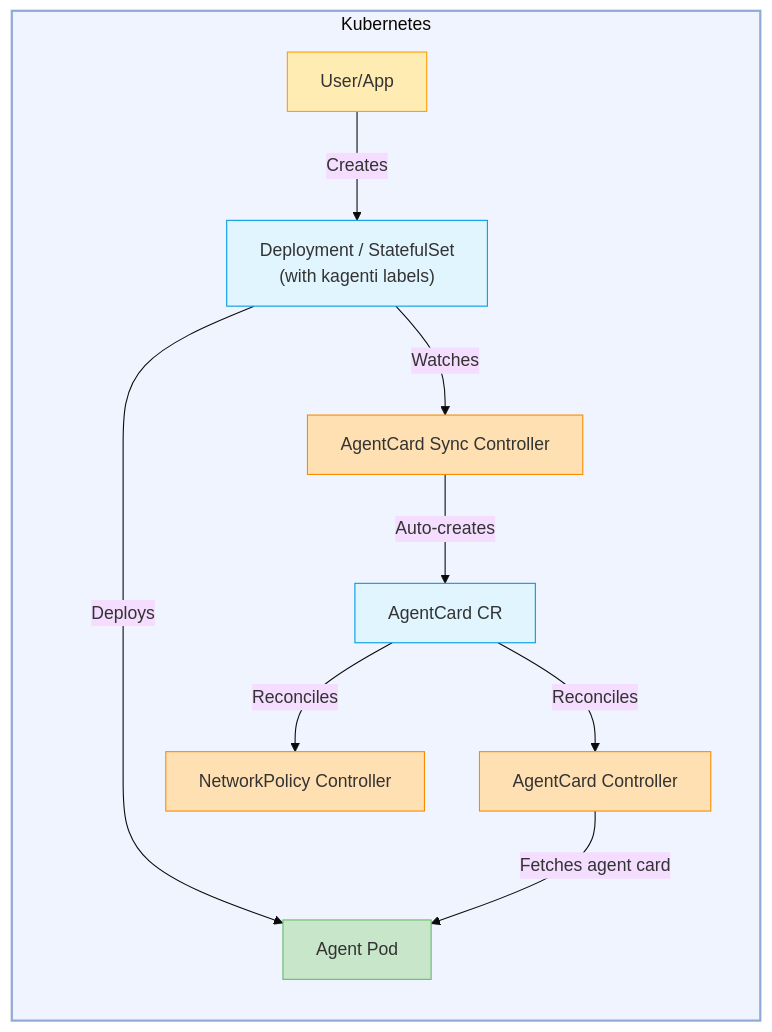
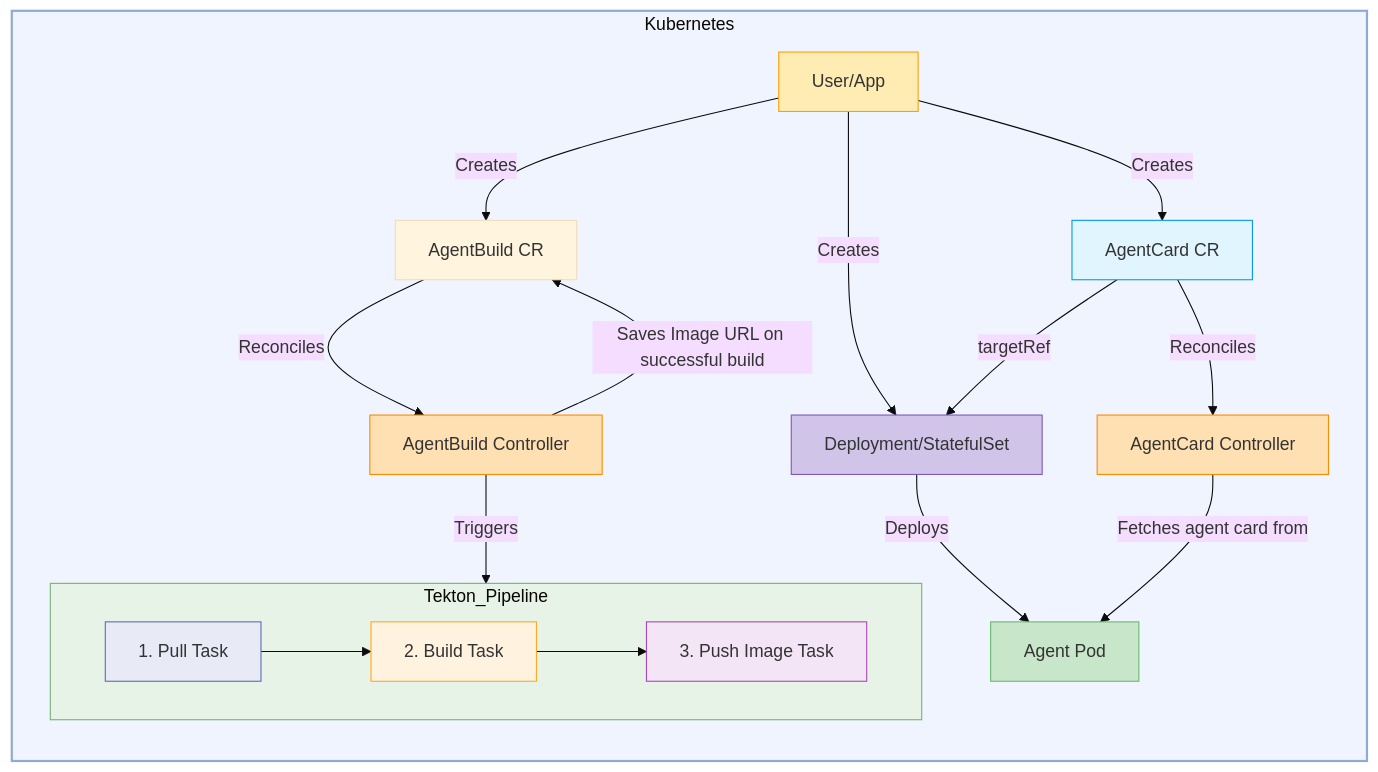
One commit to DeanKelly751/kagenti-operator changed the diagram in kagenti-operator/docs/operator.md. Above: the diagram before and after it, drawn with Mermaid (base theme). The commit also changed other lines of this file and 26 other files, not shown here.

First line of the commit message:
deprecate: remove Agent CRD, controller, and legacy support (#168)

````diff
--- a/kagenti-operator/docs/operator.md
+++ b/kagenti-operator/docs/operator.md
@@ -25,37 +25,53 @@
 ```mermaid
 graph TD;
     subgraph Kubernetes
         direction TB
         style Kubernetes fill:#f0f4ff,stroke:#8faad7,stroke-width:2px
 
         User[User/App]
         style User fill:#ffecb3,stroke:#ffa000
 
-        Workload["Deployment / StatefulSet\n(with kagenti labels)"]
-        style Workload fill:#e1f5fe,stroke:#039be5
+        Deployment_Deployment[Deployment/StatefulSet]
+        style Deployment_Deployment fill:#d1c4e9,stroke:#7e57c2
 
-        User -->|Creates| Workload
+        AgentCardCRD["AgentCard CR"]
+        style AgentCardCRD fill:#e1f5fe,stroke:#039be5
 
-        AgentCardSync[AgentCard Sync Controller]
-        style AgentCardSync fill:#ffe0b2,stroke:#fb8c00
+        AgentBuildCRD["AgentBuild CR"]
+
+        User -->|Creates| Deployment_Deployment
+        User -->|Creates| AgentCardCRD
+        User -->|Creates| AgentBuildCRD
 
         AgentCardController[AgentCard Controller]
         style AgentCardController fill:#ffe0b2,stroke:#fb8c00
 
-        NetworkPolicyController[NetworkPolicy Controller]
-        style NetworkPolicyController fill:#ffe0b2,stroke:#fb8c00
+        AgentBuildController[AgentBuild Controller]
+        style AgentBuildController fill:#ffe0b2,stroke:#fb8c00
 
         AgentPod[Agent Pod]
         style AgentPod fill:#c8e6c9,stroke:#66bb6a
 
-        AgentCardCRD["AgentCard CR"]
-        style AgentCardCRD fill:#e1f5fe,stroke:#039be5
+        AgentCardCRD -->|targetRef| Deployment_Deployment
+        AgentCardCRD -->|Reconciles| AgentCardController
+        AgentBuildCRD -->|Reconciles| AgentBuildController
 
-        Workload -->|Deploys| AgentPod
-        Workload -->|Watches| AgentCardSync
-        AgentCardSync -->|Auto-creates| AgentCardCRD
-        AgentCardCRD -->|Reconciles| AgentCardController
-        AgentCardController -->|Fetches agent card| AgentPod
-        AgentCardCRD -->|Reconciles| NetworkPolicyController
+        Deployment_Deployment --> |Deploys| AgentPod
+        AgentCardController -->|Fetches agent card from| AgentPod
+
+        subgraph Tekton_Pipeline
+            direction LR
+            style Tekton_Pipeline fill:#e7f3e7,stroke:#73b473,stroke-width:1px
+
+            Pull[1. Pull Task]
+            style Pull fill:#e8eaf6,stroke:#5c6bc0
+            Build[2. Build Task]
+            style Build fill:#fff3e0,stroke:#ffa726
+            Push[3. Push Image Task]
+            style Push fill:#f3e5f5,stroke:#ab47bc
+            Pull --> Build --> Push
+        end
+        AgentBuildController -->|Triggers| Tekton_Pipeline
+        AgentBuildController -->|Saves Image URL on successful build| AgentBuildCRD
     end
 ```
````
